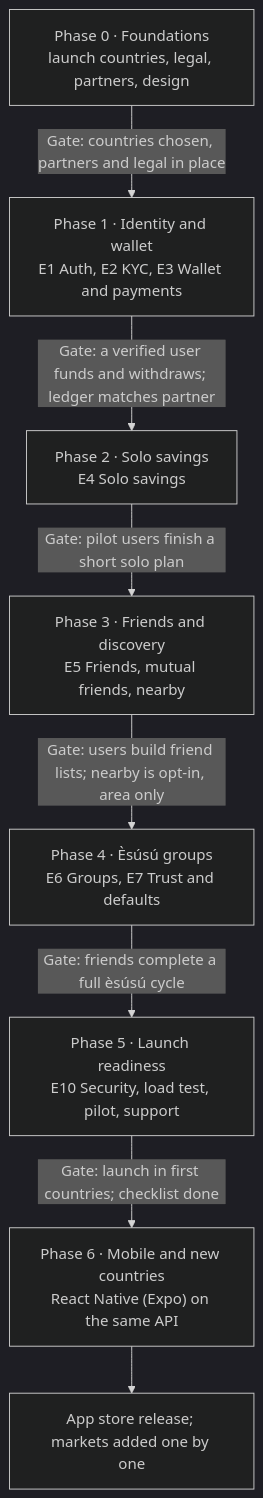
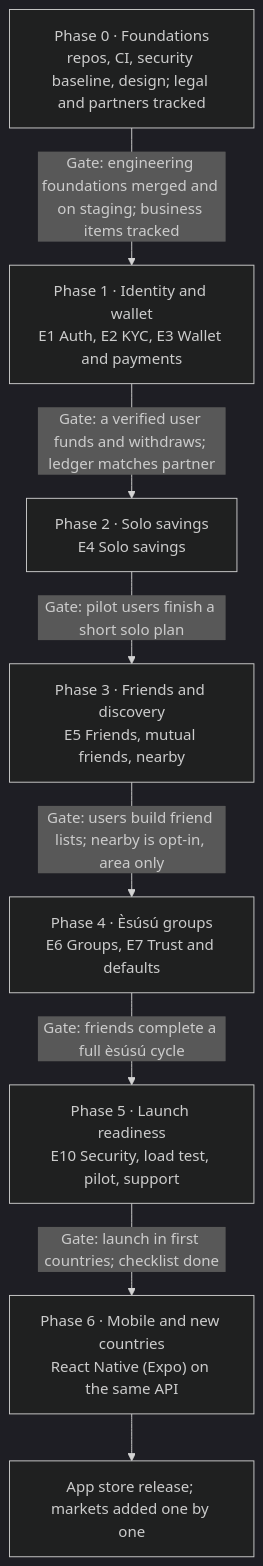
Before and after one commit to olareign/Ajo: the diagram in docs/project-plan.md, drawn with Mermaid (dark theme). The commit also changed other lines of this file and 6 other files, not shown here.

````diff
--- a/docs/project-plan.md
+++ b/docs/project-plan.md
@@ -67,17 +86,17 @@
 ```mermaid
 flowchart TD
-  P0["Phase 0 · Foundations<br/>launch countries, legal, partners, design"]
+  P0["Phase 0 · Foundations<br/>repos, CI, security baseline, design; legal and partners tracked"]
   P1["Phase 1 · Identity and wallet<br/>E1 Auth, E2 KYC, E3 Wallet and payments"]
   P2["Phase 2 · Solo savings<br/>E4 Solo savings"]
   P3["Phase 3 · Friends and discovery<br/>E5 Friends, mutual friends, nearby"]
   P4["Phase 4 · Èsúsú groups<br/>E6 Groups, E7 Trust and defaults"]
   P5["Phase 5 · Launch readiness<br/>E10 Security, load test, pilot, support"]
   P6["Phase 6 · Mobile and new countries<br/>React Native (Expo) on the same API"]
-  P0 -- "Gate: countries chosen, partners and legal in place" --> P1
+  P0 -- "Gate: engineering foundations merged and on staging; business items tracked" --> P1
   P1 -- "Gate: a verified user funds and withdraws; ledger matches partner" --> P2
   P2 -- "Gate: pilot users finish a short solo plan" --> P3
   P3 -- "Gate: users build friend lists; nearby is opt-in, area only" --> P4
   P4 -- "Gate: friends complete a full èsúsú cycle" --> P5
   P5 -- "Gate: launch in first countries; checklist done" --> P6
   P6 --> G6["App store release; markets added one by one"]
 ```
````
